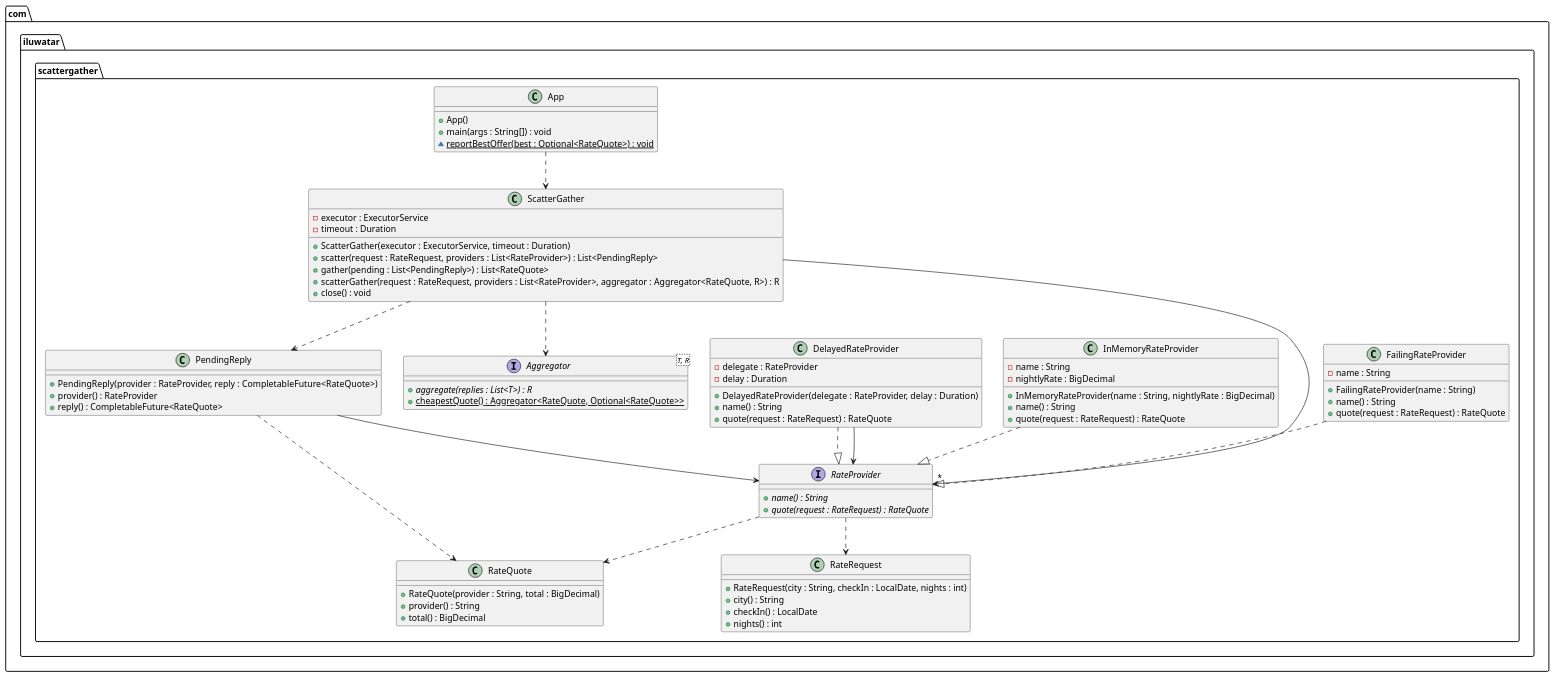
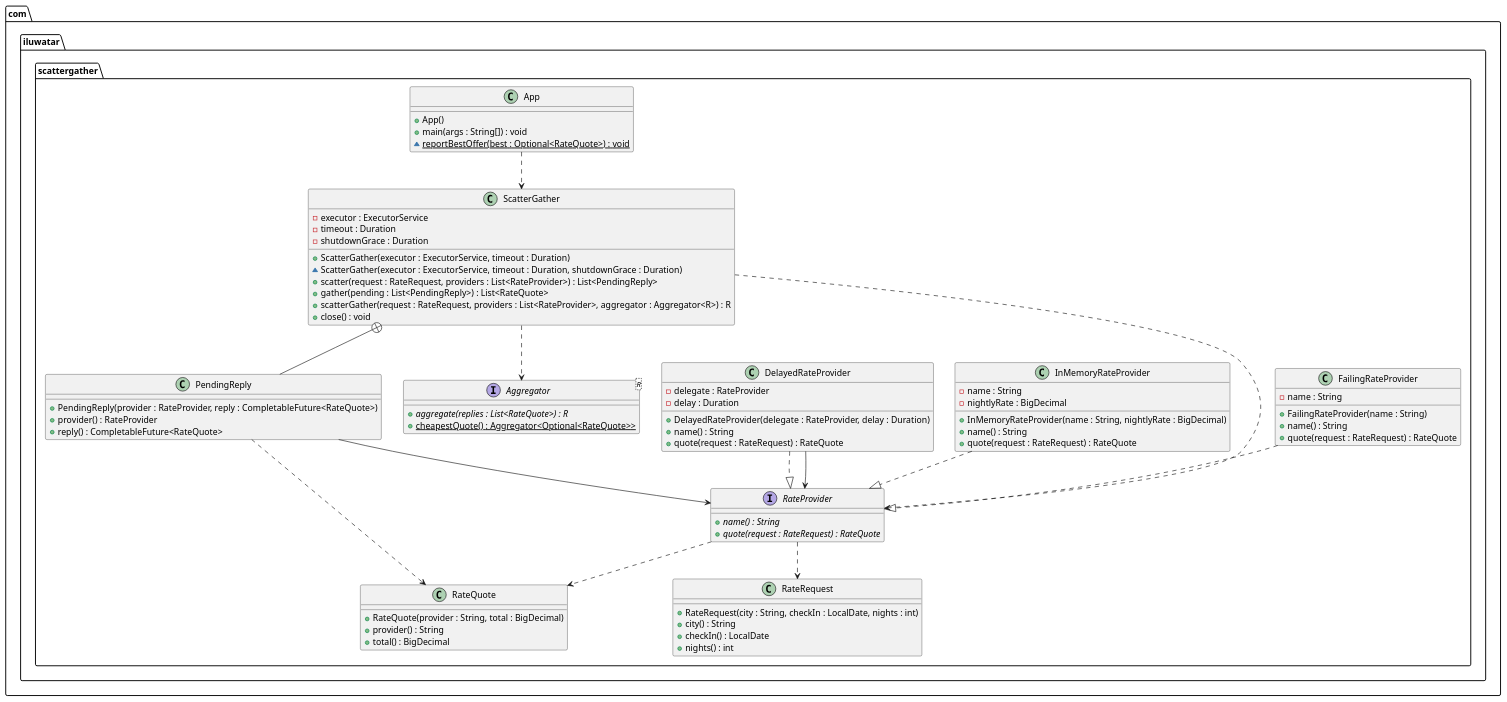
One commit to ylcn91/java-design-patterns changed the diagram in scatter-gather/etc/scatter-gather.urm.puml. Above: the diagram before and after it, drawn with PlantUML. The commit also changed 5 other files, not shown here.

First line of the commit message:
fix: cancel timed-out provider calls and simplify the aggregator

```diff
--- a/scatter-gather/etc/scatter-gather.urm.puml
+++ b/scatter-gather/etc/scatter-gather.urm.puml
@@ -1,74 +1,76 @@
 @startuml
 package com.iluwatar.scattergather {
   class RateRequest {
     + RateRequest(city : String, checkIn : LocalDate, nights : int)
     + city() : String
     + checkIn() : LocalDate
     + nights() : int
   }
   class RateQuote {
     + RateQuote(provider : String, total : BigDecimal)
     + provider() : String
     + total() : BigDecimal
   }
   interface RateProvider {
     + name() : String {abstract}
     + quote(request : RateRequest) : RateQuote {abstract}
   }
   class InMemoryRateProvider {
     - name : String
     - nightlyRate : BigDecimal
     + InMemoryRateProvider(name : String, nightlyRate : BigDecimal)
     + name() : String
     + quote(request : RateRequest) : RateQuote
   }
   class DelayedRateProvider {
     - delegate : RateProvider
     - delay : Duration
     + DelayedRateProvider(delegate : RateProvider, delay : Duration)
     + name() : String
     + quote(request : RateRequest) : RateQuote
   }
   class FailingRateProvider {
     - name : String
     + FailingRateProvider(name : String)
     + name() : String
     + quote(request : RateRequest) : RateQuote
   }
-  interface Aggregator<T, R> {
-    + aggregate(replies : List<T>) : R {abstract}
-    + cheapestQuote() : Aggregator<RateQuote, Optional<RateQuote>> {static}
+  interface Aggregator<R> {
+    + aggregate(replies : List<RateQuote>) : R {abstract}
+    + cheapestQuote() : Aggregator<Optional<RateQuote>> {static}
   }
   class PendingReply {
     + PendingReply(provider : RateProvider, reply : CompletableFuture<RateQuote>)
     + provider() : RateProvider
     + reply() : CompletableFuture<RateQuote>
   }
   class ScatterGather {
     - executor : ExecutorService
     - timeout : Duration
+    - shutdownGrace : Duration
     + ScatterGather(executor : ExecutorService, timeout : Duration)
+    ~ ScatterGather(executor : ExecutorService, timeout : Duration, shutdownGrace : Duration)
     + scatter(request : RateRequest, providers : List<RateProvider>) : List<PendingReply>
     + gather(pending : List<PendingReply>) : List<RateQuote>
-    + scatterGather(request : RateRequest, providers : List<RateProvider>, aggregator : Aggregator<RateQuote, R>) : R
+    + scatterGather(request : RateRequest, providers : List<RateProvider>, aggregator : Aggregator<R>) : R
     + close() : void
   }
   class App {
     + App()
     + main(args : String[]) : void
     ~ reportBestOffer(best : Optional<RateQuote>) : void {static}
   }
 }
 InMemoryRateProvider ..|> RateProvider
 DelayedRateProvider ..|> RateProvider
 DelayedRateProvider --> RateProvider
 FailingRateProvider ..|> RateProvider
 RateProvider ..> RateRequest
 RateProvider ..> RateQuote
 PendingReply --> RateProvider
 PendingReply ..> RateQuote
-ScatterGather ..> PendingReply
+ScatterGather +-- PendingReply
 ScatterGather ..> Aggregator
-ScatterGather --> "*" RateProvider
+ScatterGather ..> RateProvider
 App ..> ScatterGather
 @enduml
```
